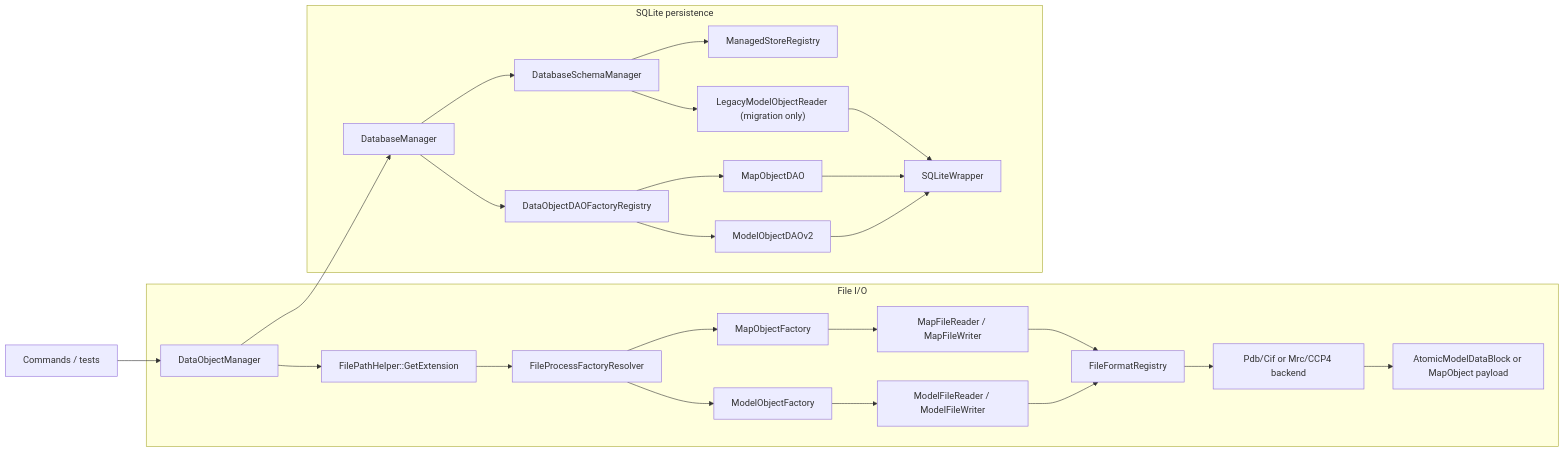
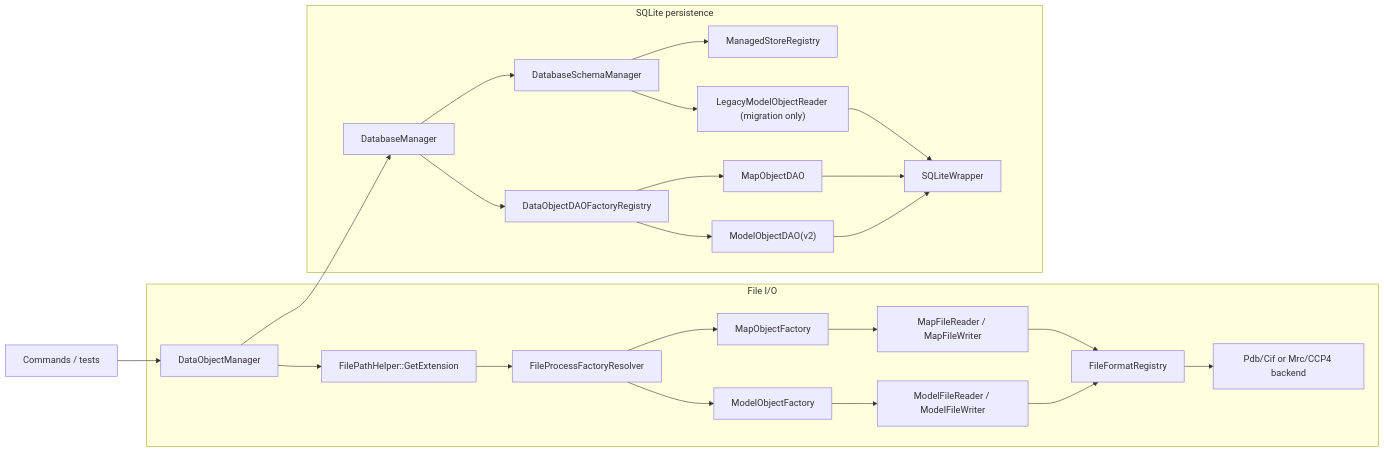
One commit to yslianTim/rhbm_gem changed the diagram in docs/developer/architecture/dataobject-io-architecture.md. Above: the diagram before and after it, drawn with Mermaid. The commit also changed other lines of this file, not shown here.

````diff
--- a/docs/developer/architecture/dataobject-io-architecture.md
+++ b/docs/developer/architecture/dataobject-io-architecture.md
@@ -78,30 +64,29 @@
 ```mermaid
 flowchart LR
     A["Commands / tests"] --> B["DataObjectManager"]
 
     subgraph F["File I/O"]
         B --> C["FilePathHelper::GetExtension"]
         C --> D["FileProcessFactoryResolver"]
         D --> E["ModelObjectFactory"]
         D --> F2["MapObjectFactory"]
         E --> G["ModelFileReader / ModelFileWriter"]
         F2 --> H["MapFileReader / MapFileWriter"]
         G --> I["FileFormatRegistry"]
         H --> I
         I --> J["Pdb/Cif or Mrc/CCP4 backend"]
-        J --> K["AtomicModelDataBlock or MapObject payload"]
     end
 
     subgraph P["SQLite persistence"]
         B --> L["DatabaseManager"]
         L --> M["DatabaseSchemaManager"]
         M --> M2["ManagedStoreRegistry"]
         L --> N["DataObjectDAOFactoryRegistry"]
-        N --> O["ModelObjectDAOv2"]
+        N --> O["ModelObjectDAO(v2)"]
         N --> P2["MapObjectDAO"]
         M --> Q["LegacyModelObjectReader (migration only)"]
         O --> R["SQLiteWrapper"]
         P2 --> R
         Q --> R
     end
 ```
````
